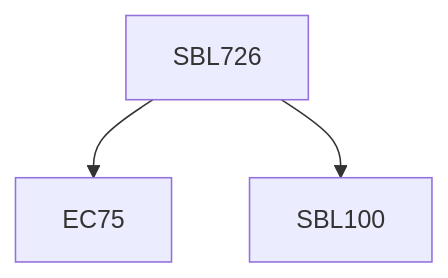
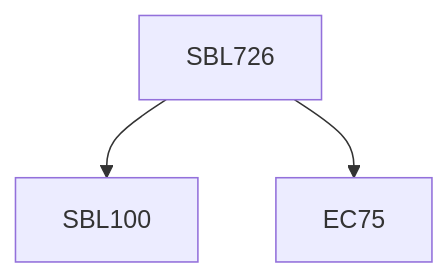
One commit to KeshavBansal0122/CoS_Website changed the diagram in content/Biological Sciences/SBL726.md. Above: the diagram before and after it, drawn with Mermaid. The commit also changed other lines of this file and 392 other files, not shown here.

````diff
--- a/content/Biological Sciences/SBL726.md
+++ b/content/Biological Sciences/SBL726.md
@@ -13,9 +13,9 @@
 ```mermaid
 flowchart TD
 SBL726-1537[SBL726]
+SBL726-1537 --> SBL100-1537[SBL100]
 SBL726-1537 --> EC75-1537[EC75]
-SBL726-1537 --> SBL100-1537[SBL100]
 
 classDef empty height:17px, fill:transparent, stroke:transparent;
 classDef trueEmpty height:0px, width:0px;
 ```
````
